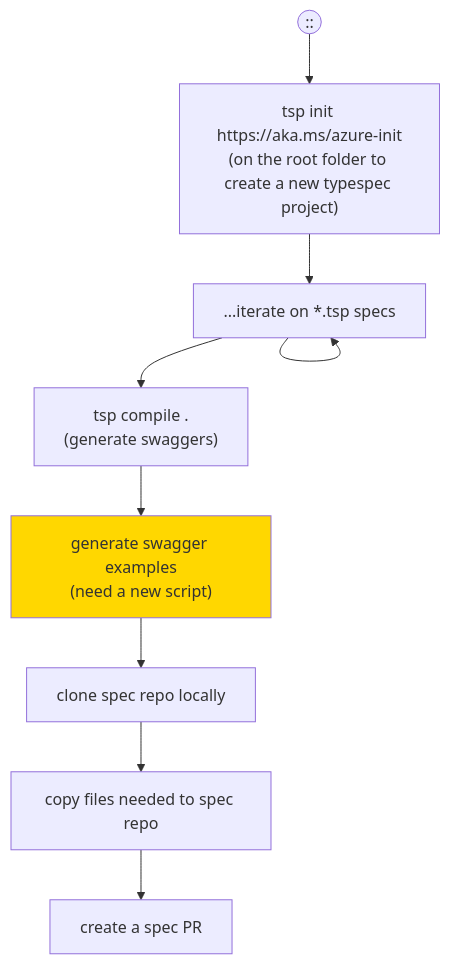
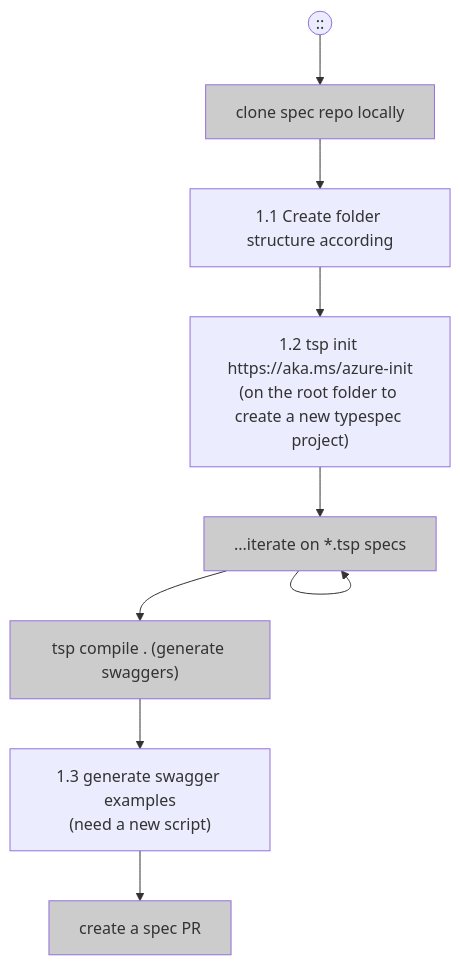
Before and after one commit to Azure/azure-rest-api-specs: the first of 5 diagrams in documentation/typespec-end-to-end-scenarios.md, drawn with Mermaid. The commit also changed other lines of this file, not shown here.

````diff
--- a/documentation/typespec-end-to-end-scenarios.md
+++ b/documentation/typespec-end-to-end-scenarios.md
@@ -21,17 +33,16 @@
 ```mermaid
 flowchart TD
 classDef highlight fill:#ffd700
-User((::))-->A
-A["tsp init https://aka.ms/azure-init
-(on the root folder to create a new typespec project)"] --> B
-B --> B
-B[...iterate on *.tsp specs] --> C
-C["tsp compile . 
-(generate swaggers)"] --> D
-D["generate swagger examples
-(need a new script)"] --> E
-E[clone spec repo locally] --> F
-F[copy files needed to spec repo] --> G
-G[create a spec PR]
-class D highlight
+classDef grey fill:#CCCCCC;
+User((::)) --> A[clone spec repo locally]
+A --> B[1.1 Create folder structure according ]
+B --> C["1.2 tsp init https://aka.ms/azure-init
+(on the root folder to create a new typespec project)"]
+C --> D[...iterate on *.tsp specs]
+D --> D
+D --> E["tsp compile . (generate swaggers)"]
+E --> F["1.3 generate swagger examples
+(need a new script)"]
+F --> G[create a spec PR]
+class A,G,D,E grey
 ```
````
